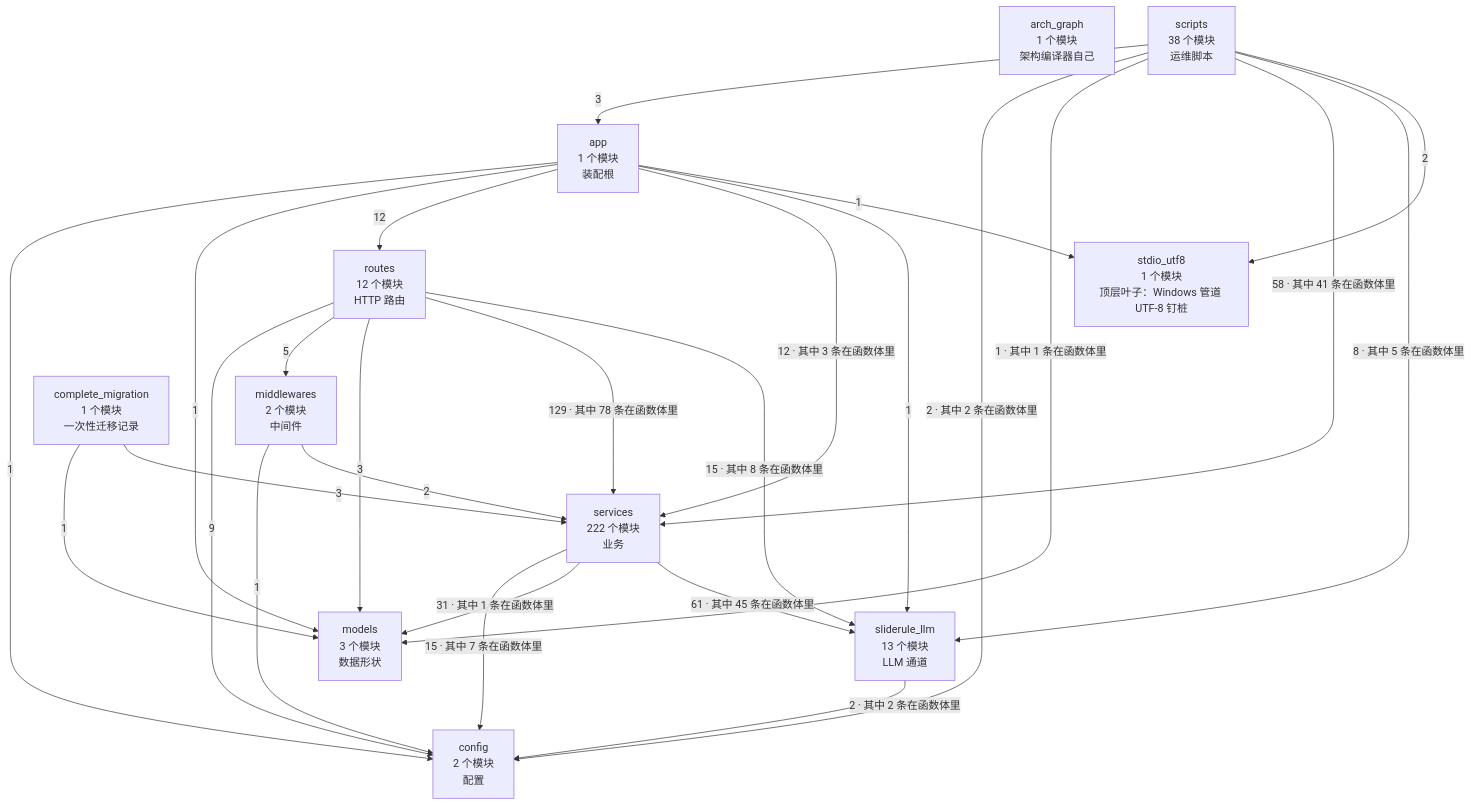
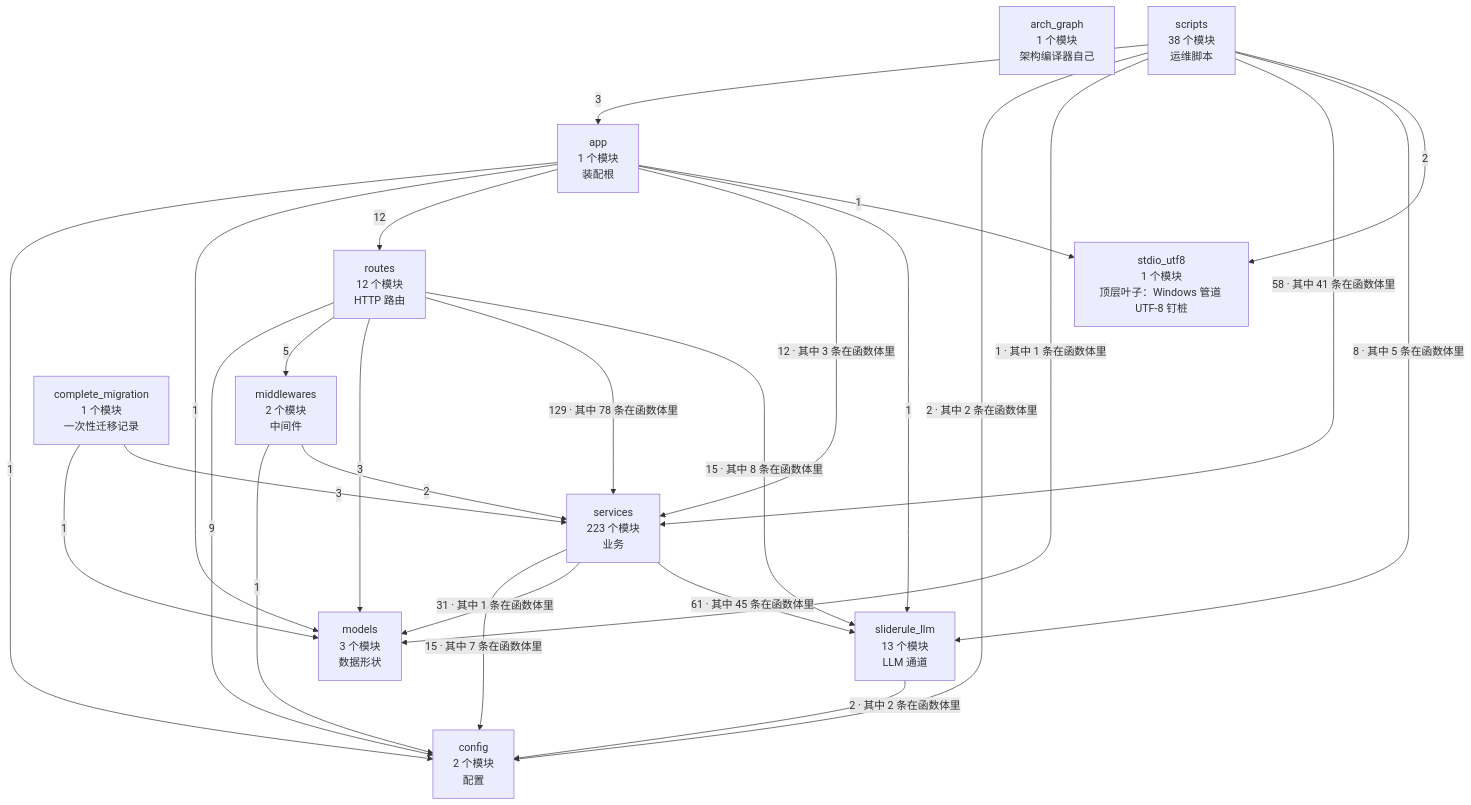
The second of 4 diagrams in docs/SlideRule V6.2 架构图（自动生成）.md (2686521696/WhyBuddy), drawn with Mermaid before and after one commit. The commit also changed other lines of this file and 5 other files, not shown here.

````diff
--- a/docs/SlideRule V6.2 架构图（自动生成）.md
+++ b/docs/SlideRule V6.2 架构图（自动生成）.md
@@ -60,39 +60,39 @@
 ```mermaid
 flowchart TB
   arch_graph["arch_graph<br/>1 个模块<br/>架构编译器自己"]
   config["config<br/>2 个模块<br/>配置"]
   models["models<br/>3 个模块<br/>数据形状"]
   stdio_utf8["stdio_utf8<br/>1 个模块<br/>顶层叶子：Windows 管道 UTF-8 钉桩"]
   sliderule_llm["sliderule_llm<br/>13 个模块<br/>LLM 通道"]
   middlewares["middlewares<br/>2 个模块<br/>中间件"]
-  services["services<br/>222 个模块<br/>业务"]
+  services["services<br/>223 个模块<br/>业务"]
   routes["routes<br/>12 个模块<br/>HTTP 路由"]
   app["app<br/>1 个模块<br/>装配根"]
   complete_migration["complete_migration<br/>1 个模块<br/>一次性迁移记录"]
   scripts["scripts<br/>38 个模块<br/>运维脚本"]
   app -->|1| config
   app -->|1| models
   app -->|12| routes
   app -->|12 · 其中 3 条在函数体里| services
   app -->|1| sliderule_llm
   app -->|1| stdio_utf8
   complete_migration -->|1| models
   complete_migration -->|3| services
   middlewares -->|1| config
   middlewares -->|2| services
   routes -->|9| config
   routes -->|5| middlewares
   routes -->|3| models
   routes -->|129 · 其中 78 条在函数体里| services
   routes -->|15 · 其中 8 条在函数体里| sliderule_llm
   scripts -->|3| app
   scripts -->|2 · 其中 2 条在函数体里| config
   scripts -->|1 · 其中 1 条在函数体里| models
   scripts -->|58 · 其中 41 条在函数体里| services
   scripts -->|8 · 其中 5 条在函数体里| sliderule_llm
   scripts -->|2| stdio_utf8
   services -->|15 · 其中 7 条在函数体里| config
   services -->|31 · 其中 1 条在函数体里| models
   services -->|61 · 其中 45 条在函数体里| sliderule_llm
   sliderule_llm -->|2 · 其中 2 条在函数体里| config
 ```
````
